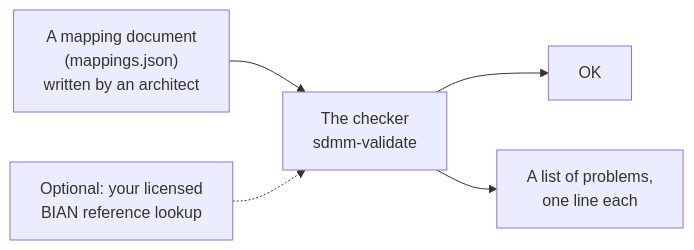
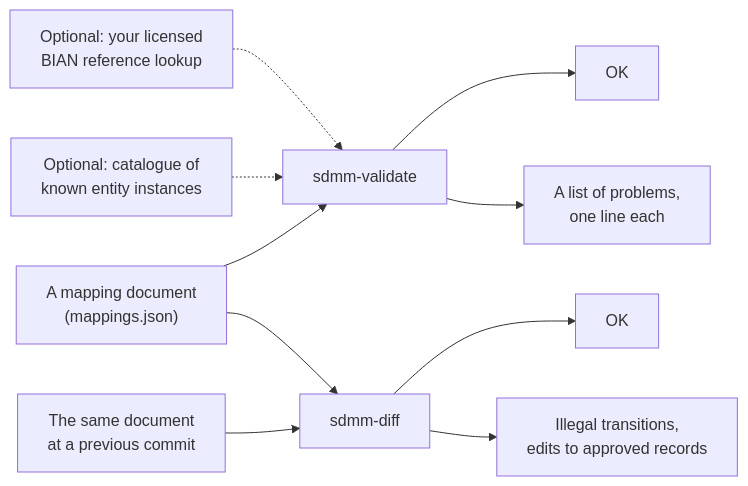
One commit to taumoeps/bian-sdem-framework changed the fifth of 7 diagrams in README.md. Above: the diagram before and after it, drawn with Mermaid. The commit also changed other lines of this file, not shown here.

````diff
--- a/README.md
+++ b/README.md
@@ -374,7 +375,12 @@
 ```mermaid
 flowchart LR
-    IN["A mapping document<br/>(mappings.json)<br/>written by an architect"] --> CHK["The checker<br/>sdmm-validate"]
+    IN["A mapping document<br/>(mappings.json)"] --> CHK["sdmm-validate"]
+    CAT["Optional: catalogue of<br/>known entity instances"] -.-> CHK
     REF["Optional: your licensed<br/>BIAN reference lookup"] -.-> CHK
     CHK --> OK["OK"]
     CHK --> ERR["A list of problems,<br/>one line each"]
+    PREV["The same document<br/>at a previous commit"] --> DIFF["sdmm-diff"]
+    IN --> DIFF
+    DIFF --> OK2["OK"]
+    DIFF --> ERR2["Illegal transitions,<br/>edits to approved records"]
 ```
````
